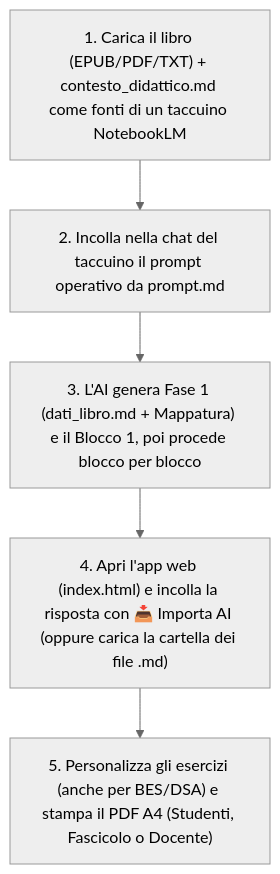
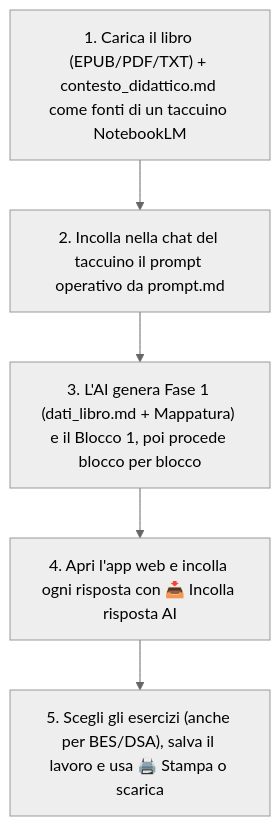
The diagram in README.md (aalborghetti/AnalisiLibro), drawn with Mermaid (neutral theme) before and after one commit. The commit also changed other lines of this file and 7 other files, not shown here.

First line of the commit message:
feat: Stampa o scarica, versioni, I miei libri, schede pronte e messaggi più chiari

````diff
--- a/README.md
+++ b/README.md
@@ -45,7 +51,7 @@
 ```mermaid
 flowchart TD
     A["1. Carica il libro (EPUB/PDF/TXT) + contesto_didattico.md come fonti di un taccuino NotebookLM"] --> B["2. Incolla nella chat del taccuino il prompt operativo da prompt.md"]
     B --> C["3. L'AI genera Fase 1 (dati_libro.md + Mappatura) e il Blocco 1, poi procede blocco per blocco"]
-    C --> D["4. Apri l'app web (index.html) e incolla la risposta con 📥 Importa AI (oppure carica la cartella dei file .md)"]
-    D --> E["5. Personalizza gli esercizi (anche per BES/DSA) e stampa il PDF A4 (Studenti, Fascicolo o Docente)"]
+    C --> D["4. Apri l'app web e incolla ogni risposta con 📥 Incolla risposta AI"]
+    D --> E["5. Scegli gli esercizi (anche per BES/DSA), salva il lavoro e usa 🖨️ Stampa o scarica"]
 ```
````
